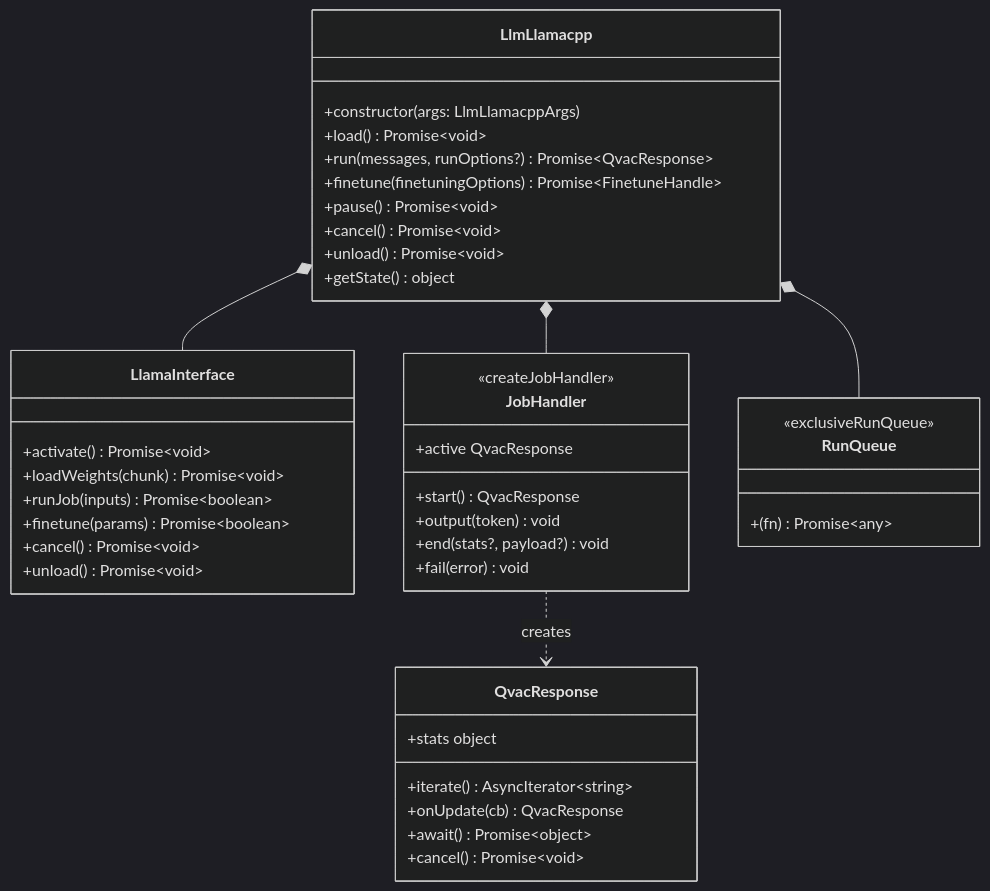
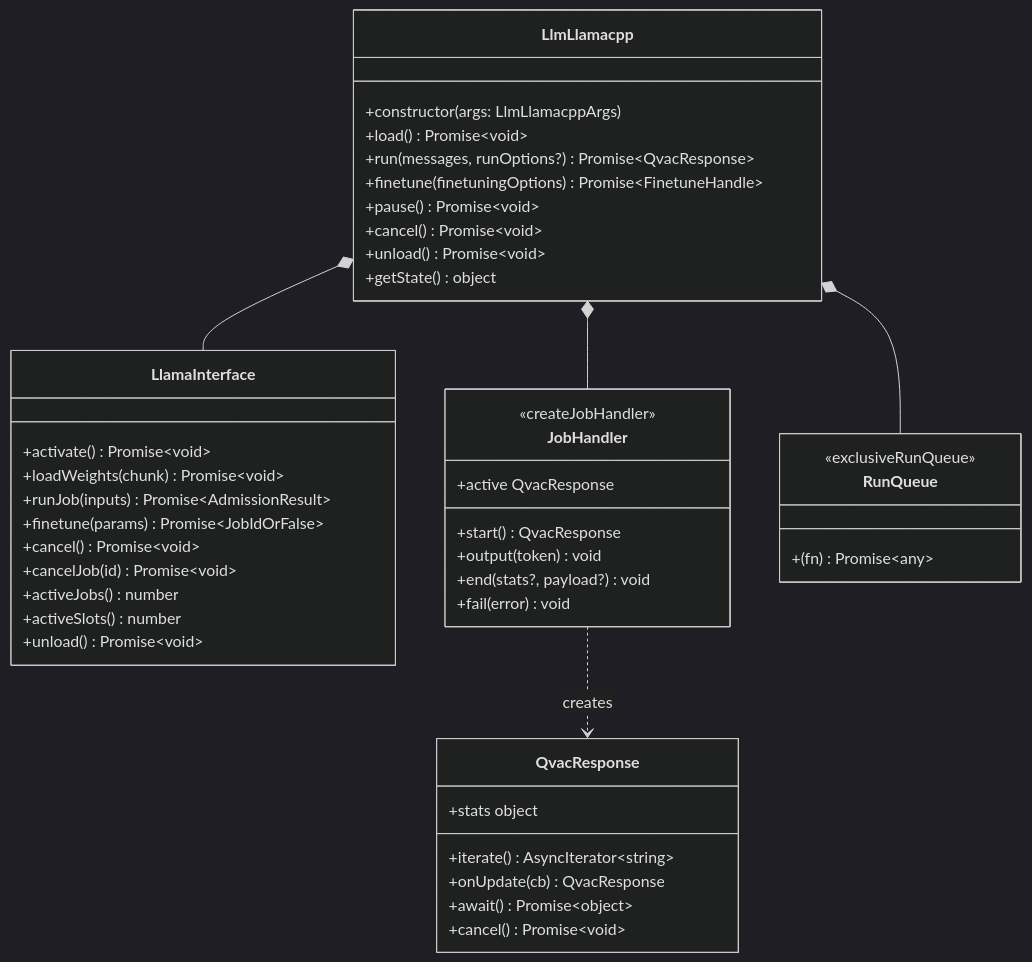
One commit to Zbig9000/qvac changed the second of 4 diagrams in packages/llm-llamacpp/docs/architecture.md. Above: the diagram before and after it, drawn with Mermaid (dark theme). The commit also changed other lines of this file and 78 other files, not shown here.

````diff
--- a/packages/llm-llamacpp/docs/architecture.md
+++ b/packages/llm-llamacpp/docs/architecture.md
@@ -160,49 +160,52 @@
 ```mermaid
 classDiagram
     class LlmLlamacpp {
         +constructor(args: LlmLlamacppArgs)
         +load() Promise~void~
         +run(messages, runOptions?) Promise~QvacResponse~
         +finetune(finetuningOptions) Promise~FinetuneHandle~
         +pause() Promise~void~
         +cancel() Promise~void~
         +unload() Promise~void~
         +getState() object
     }
 
     class LlamaInterface {
         +activate() Promise~void~
         +loadWeights(chunk) Promise~void~
-        +runJob(inputs) Promise~boolean~
-        +finetune(params) Promise~boolean~
+        +runJob(inputs) Promise~AdmissionResult~
+        +finetune(params) Promise~JobIdOrFalse~
         +cancel() Promise~void~
+        +cancelJob(id) Promise~void~
+        +activeJobs() number
+        +activeSlots() number
         +unload() Promise~void~
     }
 
     class JobHandler {
         <<createJobHandler>>
         +start() QvacResponse
         +output(token) void
         +end(stats?, payload?) void
         +fail(error) void
         +active QvacResponse
     }
 
     class RunQueue {
         <<exclusiveRunQueue>>
         +(fn) Promise~any~
     }
 
     class QvacResponse {
         +iterate() AsyncIterator~string~
         +onUpdate(cb) QvacResponse
         +await() Promise~object~
         +cancel() Promise~void~
         +stats object
     }
 
     LlmLlamacpp *-- LlamaInterface
     LlmLlamacpp *-- JobHandler
     LlmLlamacpp *-- RunQueue
     JobHandler ..> QvacResponse : creates
 ```
````
